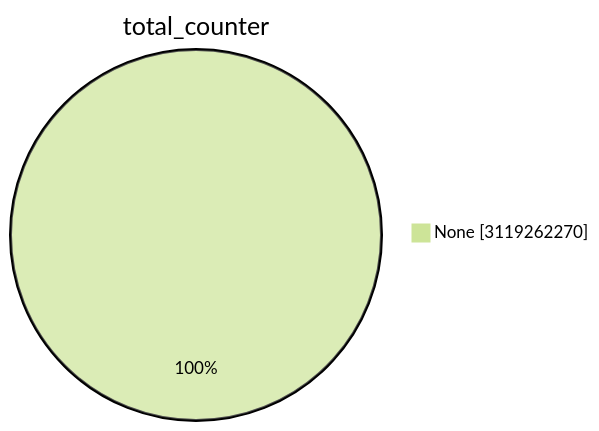
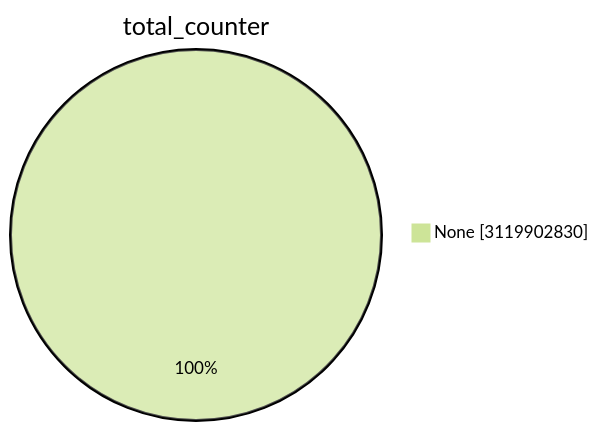
One commit to christiankrug/ctmonitor_visualization changed the first of 15 diagrams in TOTAL/README.md. Above: the diagram before and after it, drawn with Mermaid (forest theme). The commit also changed other lines of this file, not shown here.

````diff
--- a/TOTAL/README.md
+++ b/TOTAL/README.md
@@ -1,5 +1,5 @@
 ```mermaid
 pie showData
 title total_counter
-"None" :3119262270
+"None" :3119902830
 ```
````
